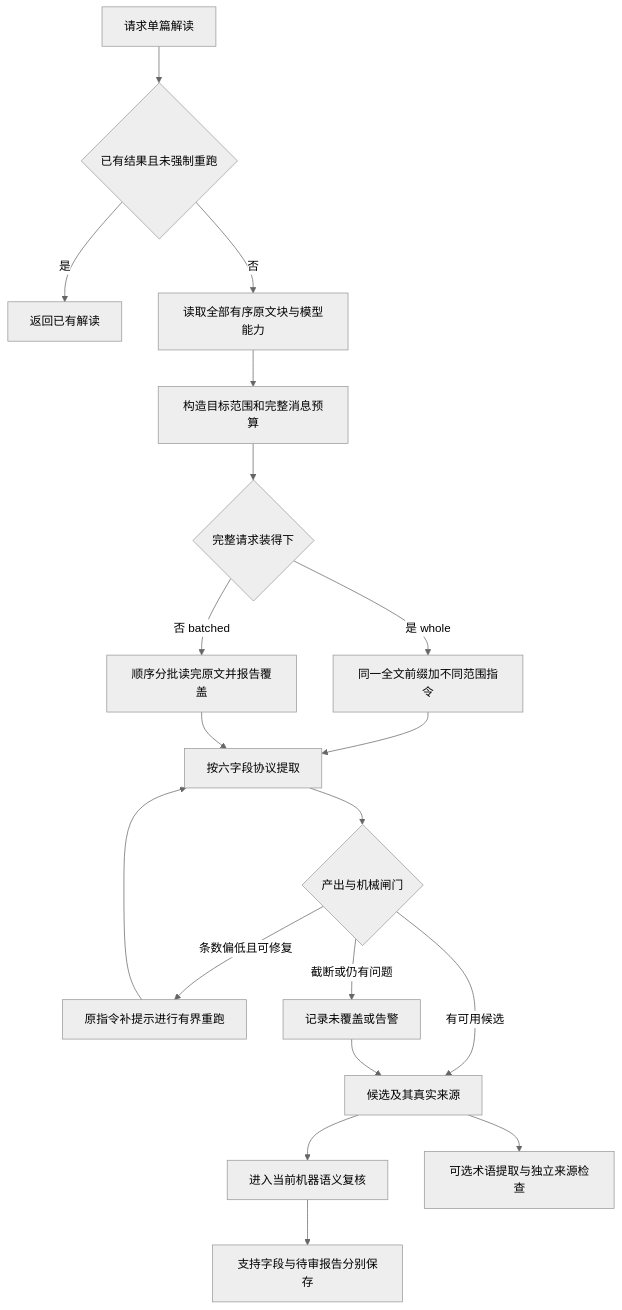
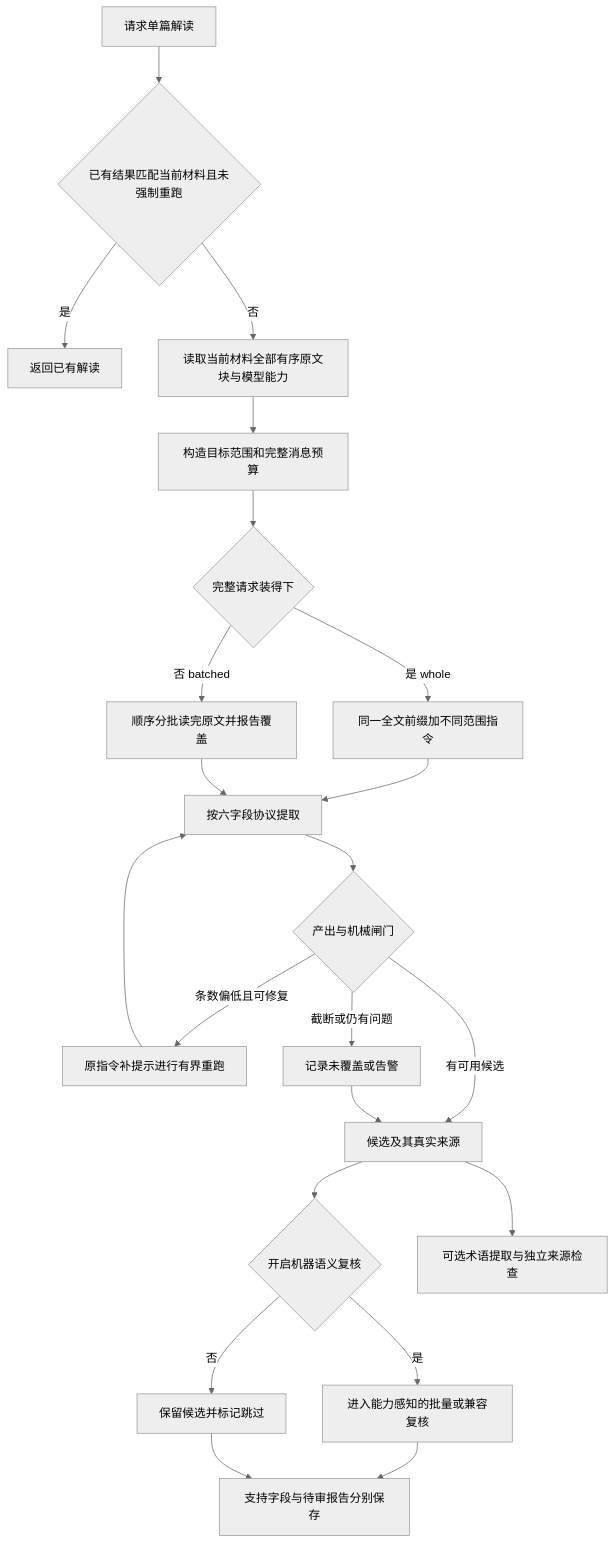
One commit to kingjone0/litprism changed the second of 3 diagrams in docs/modules/03-阅读提取与协作审核.md. Above: the diagram before and after it, drawn with Mermaid (neutral theme). The commit also changed other lines of this file and 48 other files, not shown here.

````diff
--- a/docs/modules/03-阅读提取与协作审核.md
+++ b/docs/modules/03-阅读提取与协作审核.md
@@ -45,21 +45,24 @@
 ```mermaid
 flowchart TD
-    A[请求单篇解读] --> CACHE{已有结果且未强制重跑}
+    A[请求单篇解读] --> CACHE{已有结果匹配当前材料且未强制重跑}
     CACHE -->|是| OLD[返回已有解读]
-    CACHE -->|否| B[读取全部有序原文块与模型能力]
+    CACHE -->|否| B[读取当前材料全部有序原文块与模型能力]
     B --> C[构造目标范围和完整消息预算]
     C --> D{完整请求装得下}
     D -->|是 whole| E[同一全文前缀加不同范围指令]
     D -->|否 batched| F[顺序分批读完原文并报告覆盖]
     E --> G[按六字段协议提取]
     F --> G
     G --> H{产出与机械闸门}
     H -->|条数偏低且可修复| R[原指令补提示进行有界重跑]
     R --> G
     H -->|截断或仍有问题| P[记录未覆盖或告警]
     H -->|有可用候选| S[候选及其真实来源]
     P --> S
-    S --> V[进入当前机器语义复核]
+    S --> SWITCH{开启机器语义复核}
+    SWITCH -->|是| V[进入能力感知的批量或兼容复核]
+    SWITCH -->|否| SKIP[保留候选并标记跳过]
     S --> T[可选术语提取与独立来源检查]
     V --> O[支持字段与待审报告分别保存]
+    SKIP --> O
 ```
````
